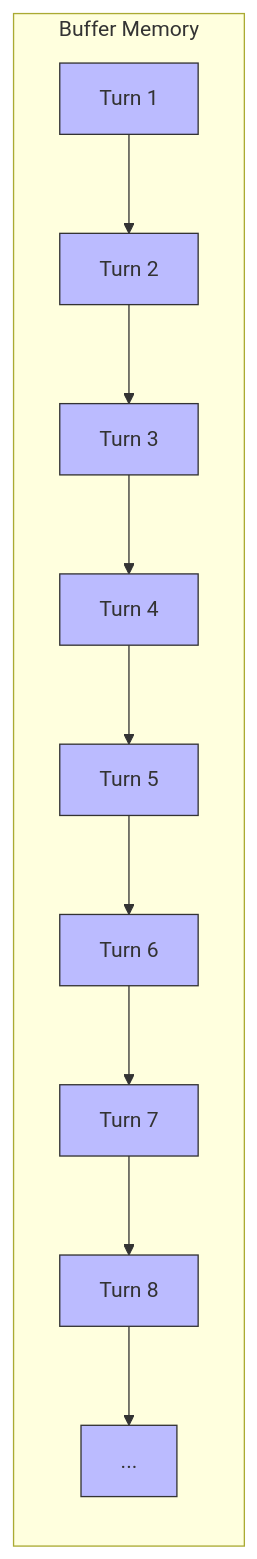
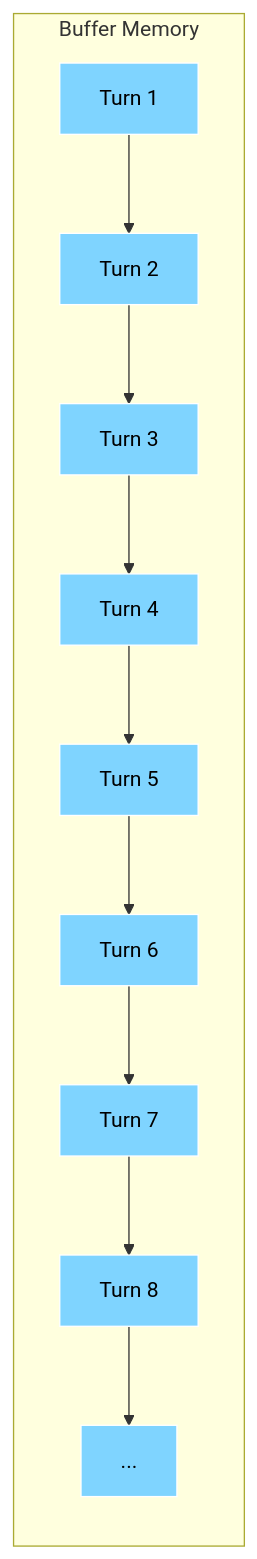
The third of 8 diagrams in docs/usage/langchain_memory_in_agentmap.md (jwwelbor/AgentMap), drawn with Mermaid before and after one commit. The commit also changed other lines of this file, not shown here.

````diff
--- a/docs/usage/langchain_memory_in_agentmap.md
+++ b/docs/usage/langchain_memory_in_agentmap.md
@@ -118,23 +138,23 @@
 ```mermaid
 graph LR
     subgraph "Buffer Memory"
         A1[Turn 1] --> A2[Turn 2]
         A2 --> A3[Turn 3]
         A3 --> A4[Turn 4]
         A4 --> A5[Turn 5]
         A5 --> A6[Turn 6]
         A6 --> A7[Turn 7]
         A7 --> A8[Turn 8]
         A8 --> A9[...]
     end
     
-    style A1 fill:#bbf,stroke:#333,stroke-width:1px
-    style A2 fill:#bbf,stroke:#333,stroke-width:1px
-    style A3 fill:#bbf,stroke:#333,stroke-width:1px
-    style A4 fill:#bbf,stroke:#333,stroke-width:1px
-    style A5 fill:#bbf,stroke:#333,stroke-width:1px
-    style A6 fill:#bbf,stroke:#333,stroke-width:1px
-    style A7 fill:#bbf,stroke:#333,stroke-width:1px
-    style A8 fill:#bbf,stroke:#333,stroke-width:1px
-    style A9 fill:#bbf,stroke:#333,stroke-width:1px
+    style A1 fill:#7FD4FF,stroke:#FFFFFF,stroke-width:1px,color:#000000
+    style A2 fill:#7FD4FF,stroke:#FFFFFF,stroke-width:1px,color:#000000
+    style A3 fill:#7FD4FF,stroke:#FFFFFF,stroke-width:1px,color:#000000
+    style A4 fill:#7FD4FF,stroke:#FFFFFF,stroke-width:1px,color:#000000
+    style A5 fill:#7FD4FF,stroke:#FFFFFF,stroke-width:1px,color:#000000
+    style A6 fill:#7FD4FF,stroke:#FFFFFF,stroke-width:1px,color:#000000
+    style A7 fill:#7FD4FF,stroke:#FFFFFF,stroke-width:1px,color:#000000
+    style A8 fill:#7FD4FF,stroke:#FFFFFF,stroke-width:1px,color:#000000
+    style A9 fill:#7FD4FF,stroke:#FFFFFF,stroke-width:1px,color:#000000
 ```
````
